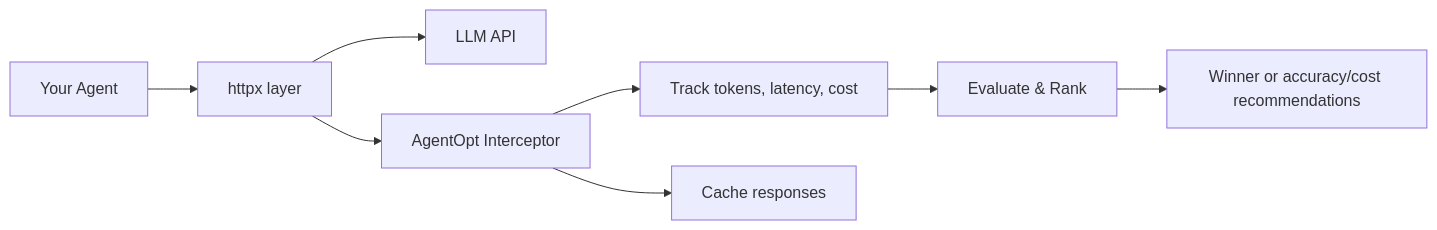
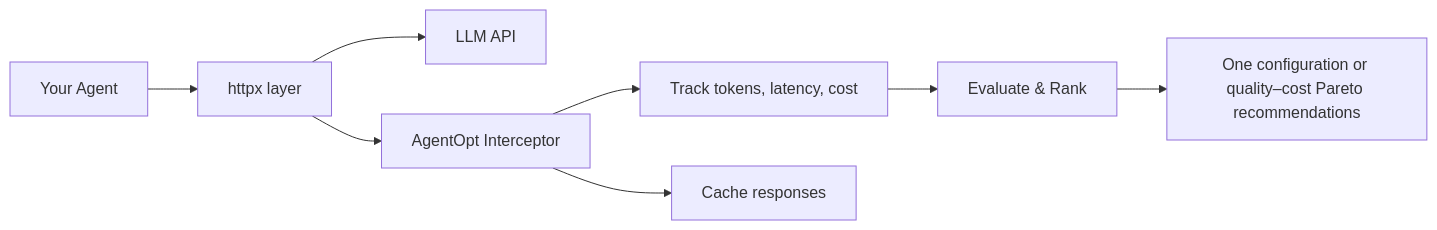
One commit to AgentOptimizer/agentopt changed the diagram in docs/index.md. Above: the diagram before and after it, drawn with Mermaid. The commit also changed other lines of this file, not shown here.

Commit message:
docs: clarify homepage scale and measured Pareto tradeoffs

````diff
--- a/docs/index.md
+++ b/docs/index.md
@@ -143,10 +158,10 @@
 ```mermaid
 graph LR
     A["Your Agent"] --> B["httpx layer"]
     B --> C["LLM API"]
     B --> D["AgentOpt Interceptor"]
     D --> E["Track tokens, latency, cost"]
     D --> F["Cache responses"]
     E --> G["Evaluate & Rank"]
-    G --> H["Winner or accuracy/cost recommendations"]
+    G --> H["One configuration or quality–cost Pareto recommendations"]
 ```
````
